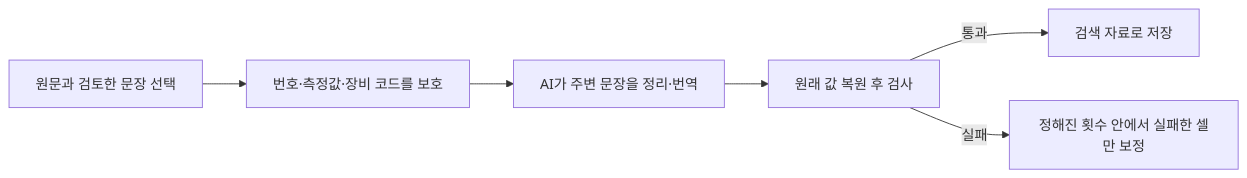
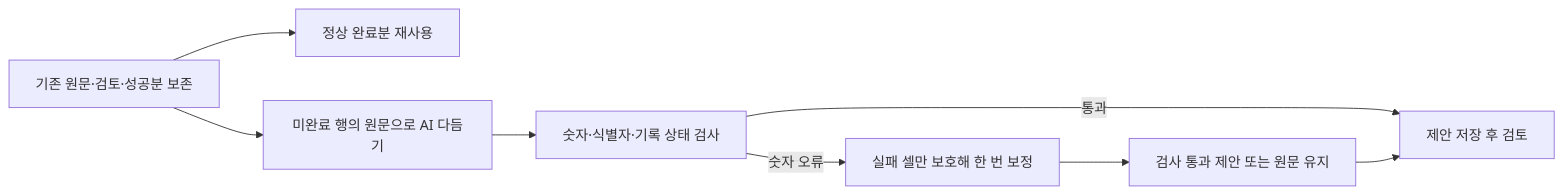
The third of 10 diagrams in docs/임원보고서.md (pmh10401/cs-excel-rag), drawn with Mermaid before and after one commit. The commit also changed other lines of this file and 7 other files, not shown here.

````diff
--- a/docs/임원보고서.md
+++ b/docs/임원보고서.md
@@ -49,8 +51,10 @@
 ```mermaid
 flowchart LR
-    A[원문과 검토한 문장 선택] --> B[번호·측정값·장비 코드를 보호]
-    B --> C[AI가 주변 문장을 정리·번역]
-    C --> D[원래 값 복원 후 검사]
-    D -->|통과| E[검색 자료로 저장]
-    D -->|실패| F[정해진 횟수 안에서 실패한 셀만 보정]
+    A[기존 원문·검토·성공분 보존] --> B[정상 완료분 재사용]
+    A --> C[미완료 행의 원문으로 AI 다듬기]
+    C --> D[숫자·식별자·기록 상태 검사]
+    D -->|통과| E[제안 저장 후 검토]
+    D -->|숫자 오류| F[실패 셀만 보호해 한 번 보정]
+    F --> G[검사 통과 제안 또는 원문 유지]
+    G --> E
 ```
````
